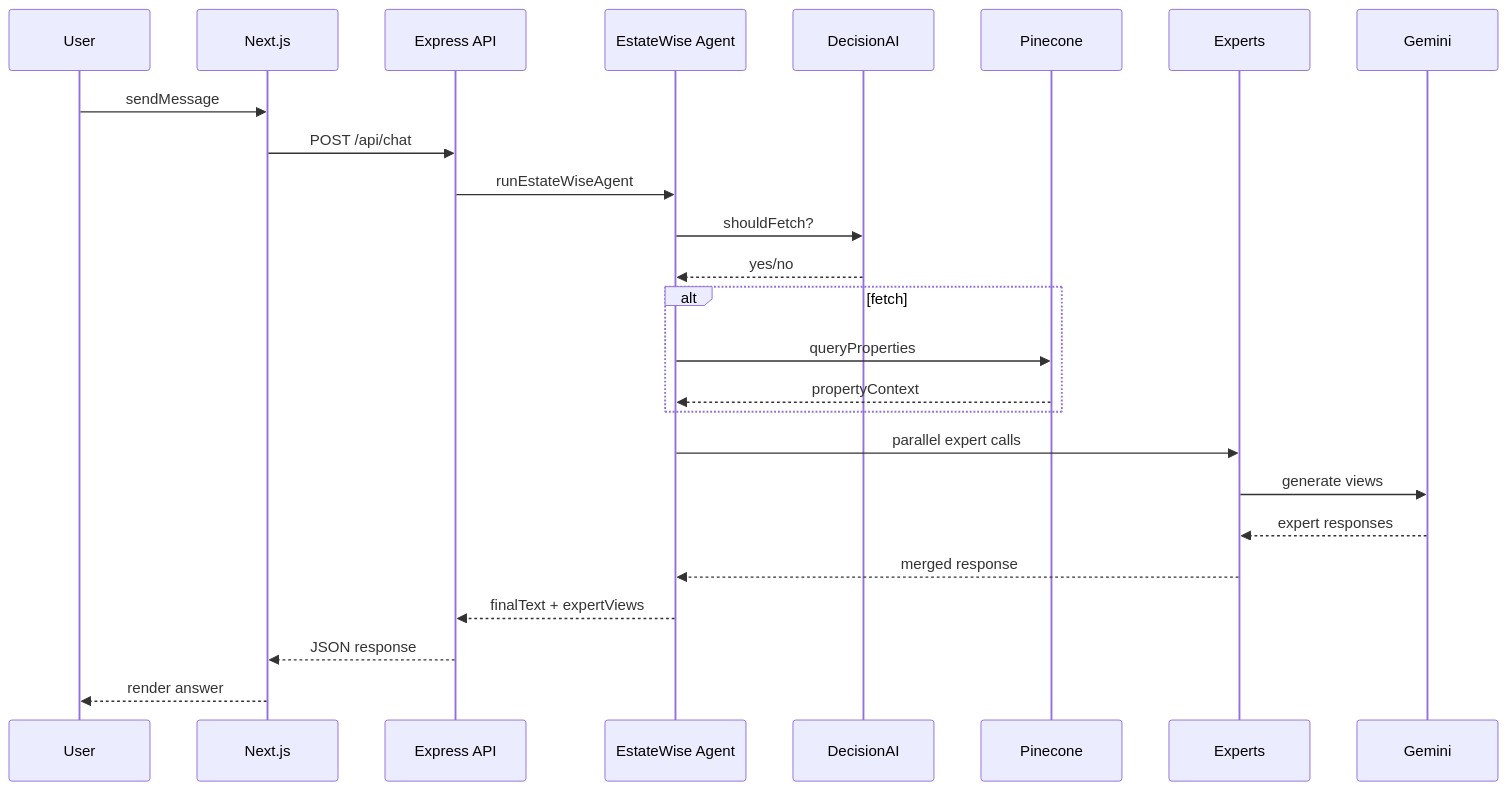
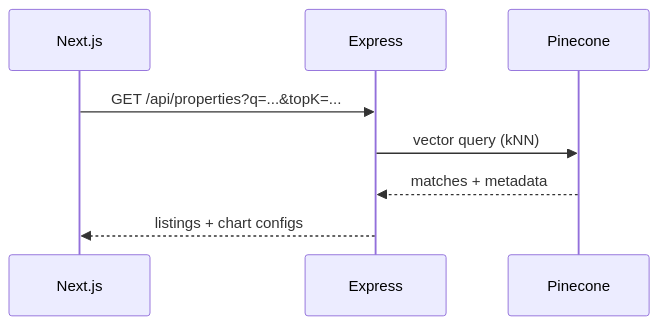
One commit to joonseolee/EstateWise-Chapel-Hill-Chatbot changed the third of 20 diagrams in ARCHITECTURE.md. Above: the diagram before and after it, drawn with Mermaid. The commit also changed other lines of this file and 5 other files, not shown here.

Commit message:
feat(ui-api): enhance app UI and integrate Neo4j graph DB to app

````diff
--- a/ARCHITECTURE.md
+++ b/ARCHITECTURE.md
@@ -49,28 +109,11 @@
 ```mermaid
 sequenceDiagram
-    participant User
-    participant UI as Next.js
-    participant API as Express API
-    participant Agent as EstateWise Agent
-    participant DecisionAI
-    participant Pinecone
-    participant Experts
-    participant Gemini
+  participant FE as Next.js
+  participant API as Express
+  participant PC as Pinecone
 
-    User->>UI: sendMessage
-    UI->>API: POST /api/chat
-    API->>Agent: runEstateWiseAgent
-    Agent->>DecisionAI: shouldFetch?
-    DecisionAI-->>Agent: yes/no
-    alt fetch
-        Agent->>Pinecone: queryProperties
-        Pinecone-->>Agent: propertyContext
-    end
-    Agent->>Experts: parallel expert calls
-    Experts->>Gemini: generate views
-    Gemini-->>Experts: expert responses
-    Experts-->>Agent: merged response
-    Agent-->>API: finalText + expertViews
-    API-->>UI: JSON response
-    UI-->>User: render answer
+  FE->>API: GET /api/properties?q=...&topK=...
+  API->>PC: vector query (kNN)
+  PC-->>API: matches + metadata
+  API-->>FE: listings + chart configs
 ```
````
